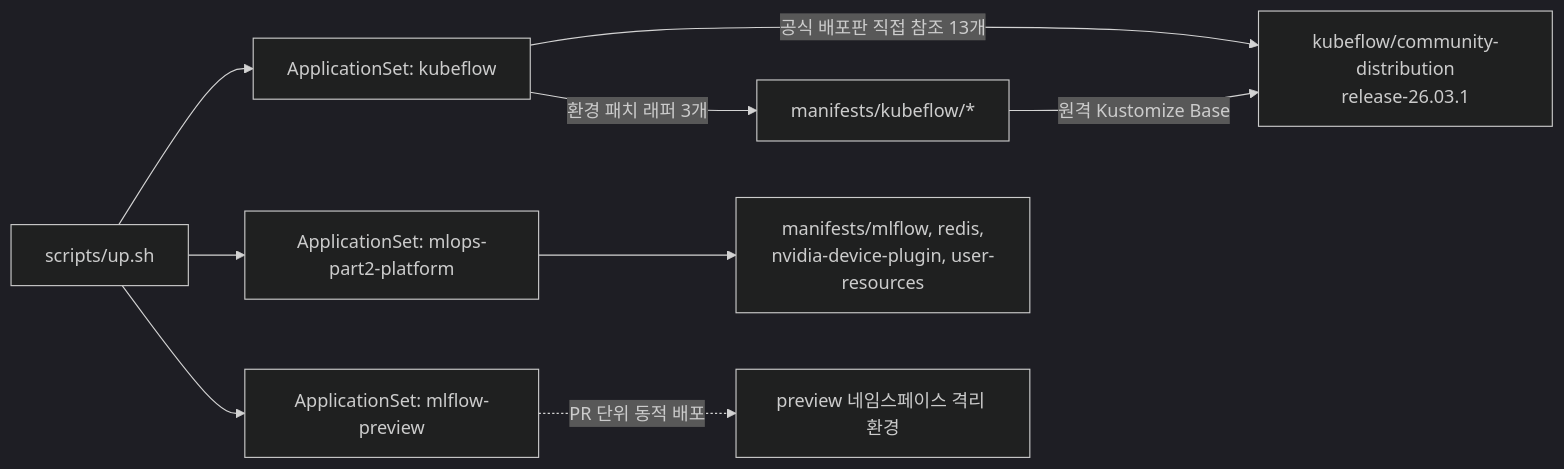
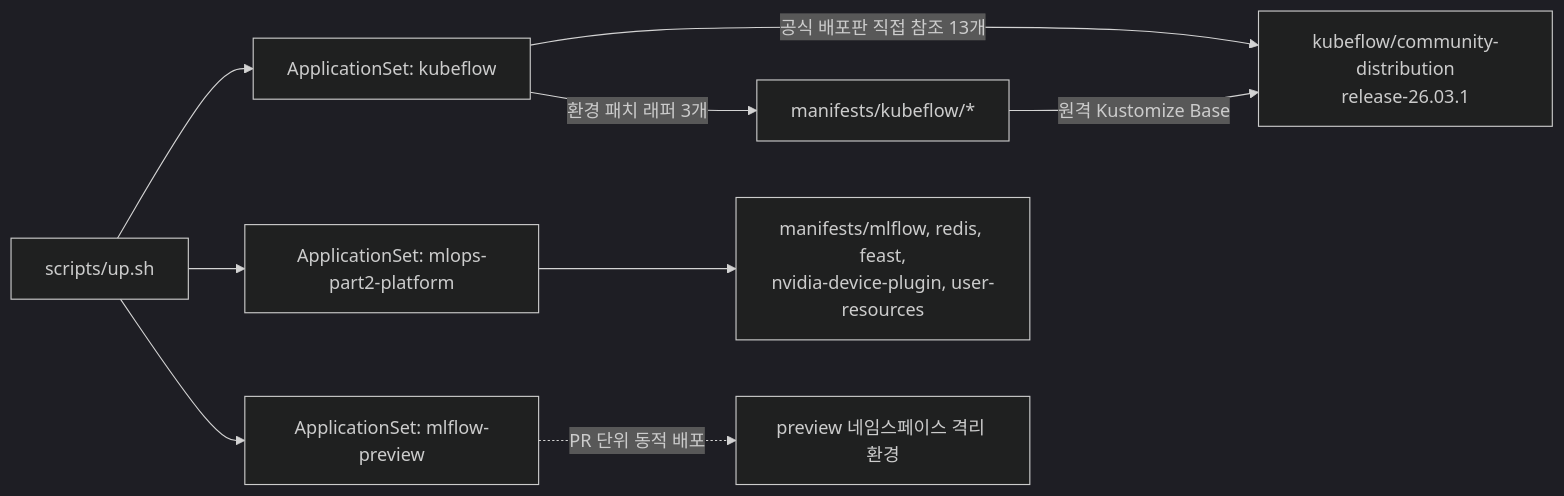
One commit to choisungwook/portfolio changed the diagram in mlops/ml-platform-engineering-part2/docs/setup.md. Above: the diagram before and after it, drawn with Mermaid (dark theme). The commit also changed other lines of this file and 3 other files, not shown here.

````diff
--- a/mlops/ml-platform-engineering-part2/docs/setup.md
+++ b/mlops/ml-platform-engineering-part2/docs/setup.md
@@ -137,11 +137,11 @@
 ```mermaid
 flowchart LR
   up[scripts/up.sh] --> KF[ApplicationSet: kubeflow]
   up --> PL[ApplicationSet: mlops-part2-platform]
   up --> PV[ApplicationSet: mlflow-preview]
   KF -->|공식 배포판 직접 참조 13개| UP[kubeflow/community-distribution<br/>release-26.03.1]
   KF -->|환경 패치 래퍼 3개| WR[manifests/kubeflow/*]
   WR -->|원격 Kustomize Base| UP
-  PL --> OWN[manifests/mlflow, redis,<br/>nvidia-device-plugin, user-resources]
+  PL --> OWN[manifests/mlflow, redis, feast,<br/>nvidia-device-plugin, user-resources]
   PV -.->|PR 단위 동적 배포| MF[preview 네임스페이스 격리 환경]
 ```
````
